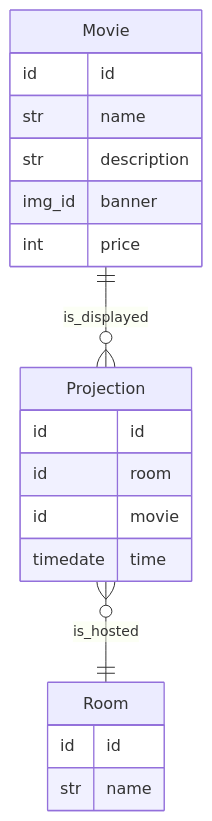
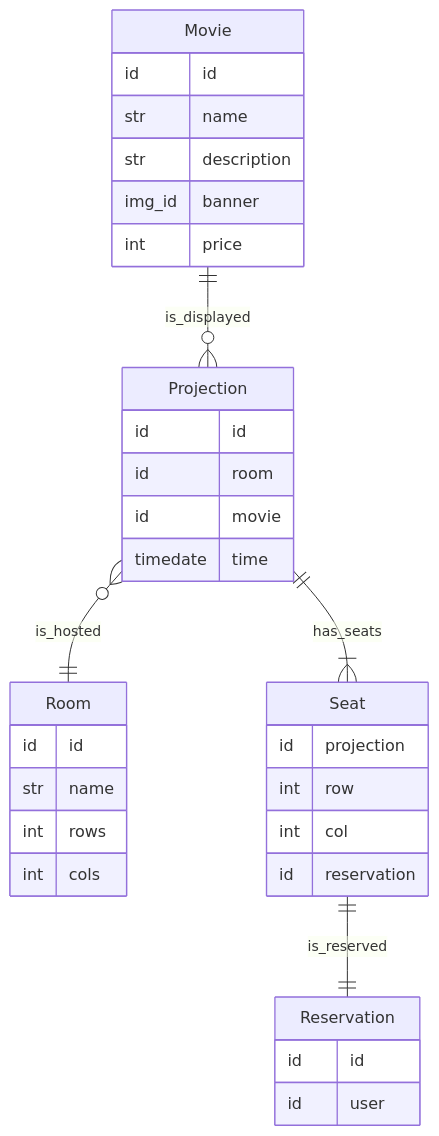
One commit to jkutkutOrg/Android-CineHub changed the diagram in docs/database_model.md. Above: the diagram before and after it, drawn with Mermaid. The commit also changed other lines of this file, not shown here.

Commit message:
Reservations and seats

````diff
--- a/docs/database_model.md
+++ b/docs/database_model.md
@@ -1,27 +1,44 @@
 ```mermaid
 erDiagram
     Movie {
         id id
         str name
         str description
         img_id banner
         int price
     }
 
     Room {
         id id
         str name
+        int rows
+        int cols
     }
 
     Projection {
         id id
         id room
         id movie
         timedate time
     }
 
     Movie ||--o{ Projection : is_displayed
     Projection }o--|| Room : is_hosted
 
+    Seat {
+        id projection
+        int row
+        int col
+        id reservation
+    }
+
+    Projection ||--|{ Seat : has_seats
+
+    Reservation {
+        id id
+        id user
+    }
+
+    Seat ||--|| Reservation : is_reserved
 
 ```
````
